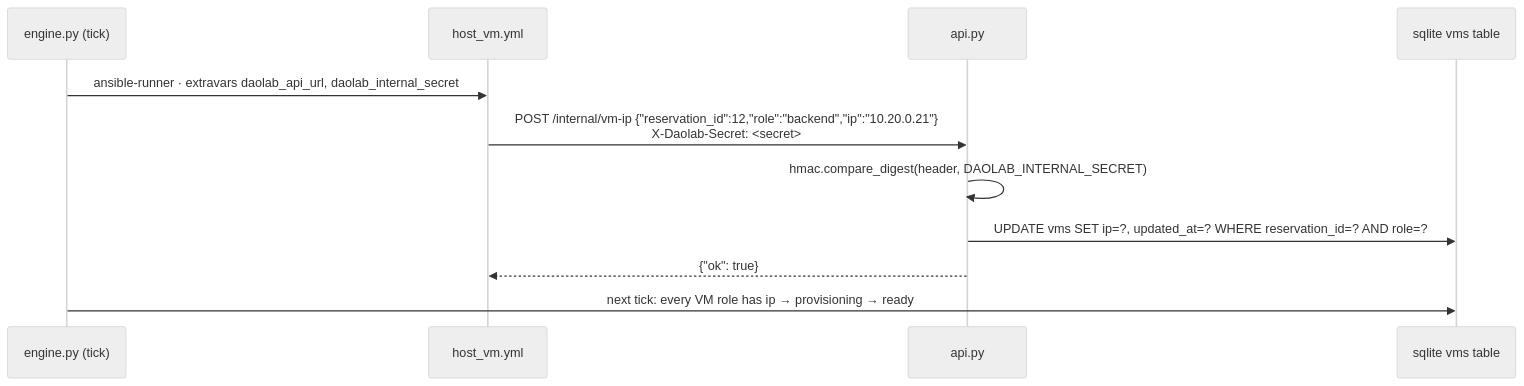
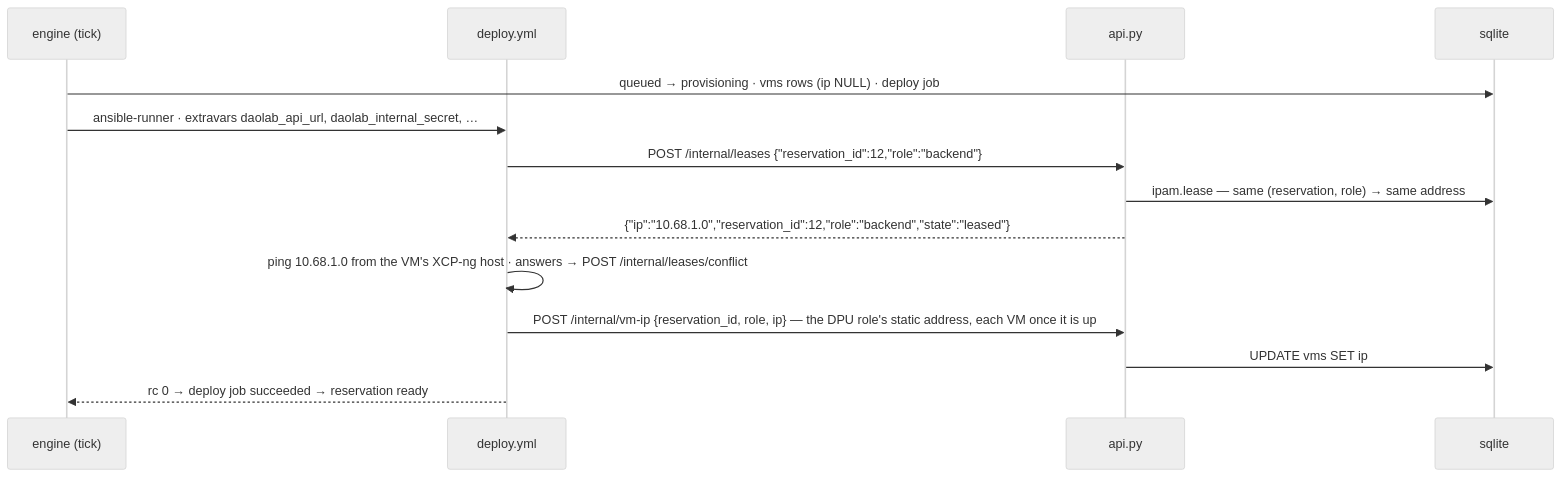
Before and after one commit to hrushikesh-sam/dao-lab-selfserve: the diagram in plan/02-backend-api.md, drawn with Mermaid (neutral theme). The commit also changed other lines of this file and 5 other files, not shown here.

````diff
--- a/plan/02-backend-api.md
+++ b/plan/02-backend-api.md
@@ -280,13 +515,16 @@
 ```mermaid
 sequenceDiagram
-    participant E as engine.py (tick)
-    participant P as host_vm.yml
+    participant E as engine (tick)
+    participant P as deploy.yml
     participant A as api.py
-    participant D as sqlite vms table
-    E->>P: ansible-runner · extravars daolab_api_url, daolab_internal_secret
-    P->>A: POST /internal/vm-ip {"reservation_id":12,"role":"backend","ip":"10.20.0.21"}<br/>X-Daolab-Secret: <secret>
-    A->>A: hmac.compare_digest(header, DAOLAB_INTERNAL_SECRET)
-    A->>D: UPDATE vms SET ip=?, updated_at=? WHERE reservation_id=? AND role=?
-    A-->>P: {"ok": true}
-    E->>D: next tick: every VM role has ip → provisioning → ready
+    participant D as sqlite
+    E->>D: queued → provisioning · vms rows (ip NULL) · deploy job
+    E->>P: ansible-runner · extravars daolab_api_url, daolab_internal_secret, …
+    P->>A: POST /internal/leases {"reservation_id":12,"role":"backend"}
+    A->>D: ipam.lease — same (reservation, role) → same address
+    A-->>P: {"ip":"10.68.1.0","reservation_id":12,"role":"backend","state":"leased"}
+    P->>P: ping 10.68.1.0 from the VM's XCP-ng host · answers → POST /internal/leases/conflict
+    P->>A: POST /internal/vm-ip {reservation_id, role, ip} — the DPU role's static address, each VM once it is up
+    A->>D: UPDATE vms SET ip
+    P-->>E: rc 0 → deploy job succeeded → reservation ready
 ```
````
